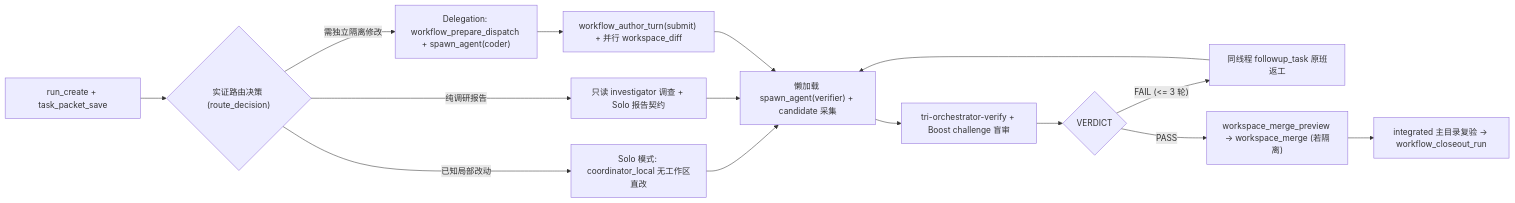
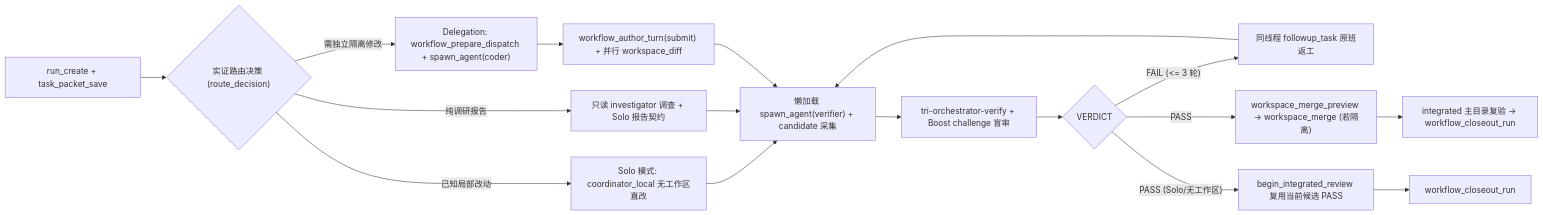
One commit to gongyuanshen/codex-orchestrator changed the second of 4 diagrams in README.md. Above: the diagram before and after it, drawn with Mermaid. The commit also changed other lines of this file and 44 other files, not shown here.

First line of the commit message:
feat: v0.6.11 usability pass (lighter skills, tiered tools, Solo reuse, residual cleanup)

````diff
--- a/README.md
+++ b/README.md
@@ -143,17 +145,18 @@
 ```mermaid
 flowchart LR
     Start["run_create + task_packet_save"] --> Route{"实证路由决策 (route_decision)"}
     Route -->|"已知局部改动"| Solo["Solo 模式: coordinator_local 无工作区直改"]
     Route -->|"纯调研报告"| Inv["只读 investigator 调查 + Solo 报告契约"]
     Route -->|"需独立隔离修改"| Del["Delegation: workflow_prepare_dispatch + spawn_agent(coder)"]
 
     Solo --> CandPrep["懒加载 spawn_agent(verifier) + candidate 采集"]
     Inv --> CandPrep
     Del --> AuthorSub["workflow_author_turn(submit) + 并行 workspace_diff"] --> CandPrep
 
     CandPrep --> Verify["tri-orchestrator-verify + Boost challenge 盲审"]
     Verify --> Gate{"VERDICT"}
     Gate -->|"FAIL (<= 3 轮)"| Rework["同线程 followup_task 原班返工"] --> CandPrep
     Gate -->|"PASS"| Merge["workspace_merge_preview -> workspace_merge (若隔离)"]
     Merge --> Int["integrated 主目录复验 -> workflow_closeout_run"]
+    Gate -->|"PASS (Solo/无工作区)"| Reuse["begin_integrated_review 复用当前候选 PASS"] --> Close["workflow_closeout_run"]
 ```
````
